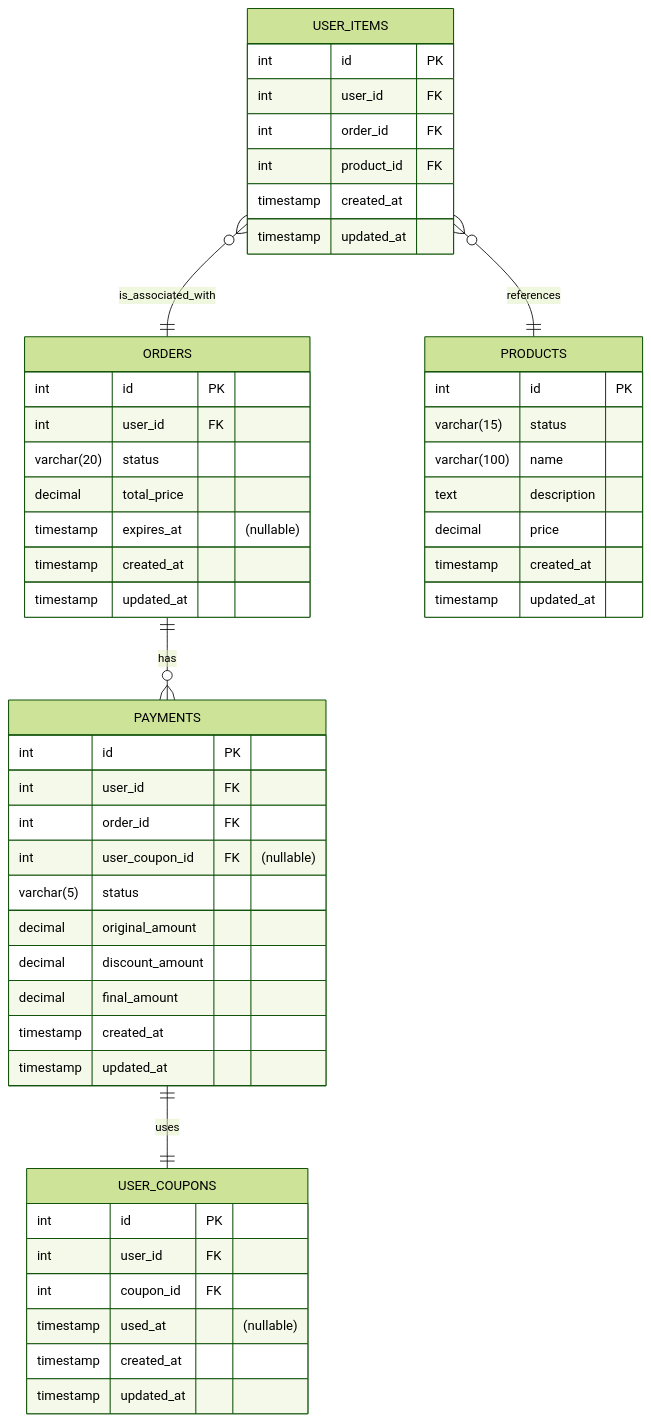
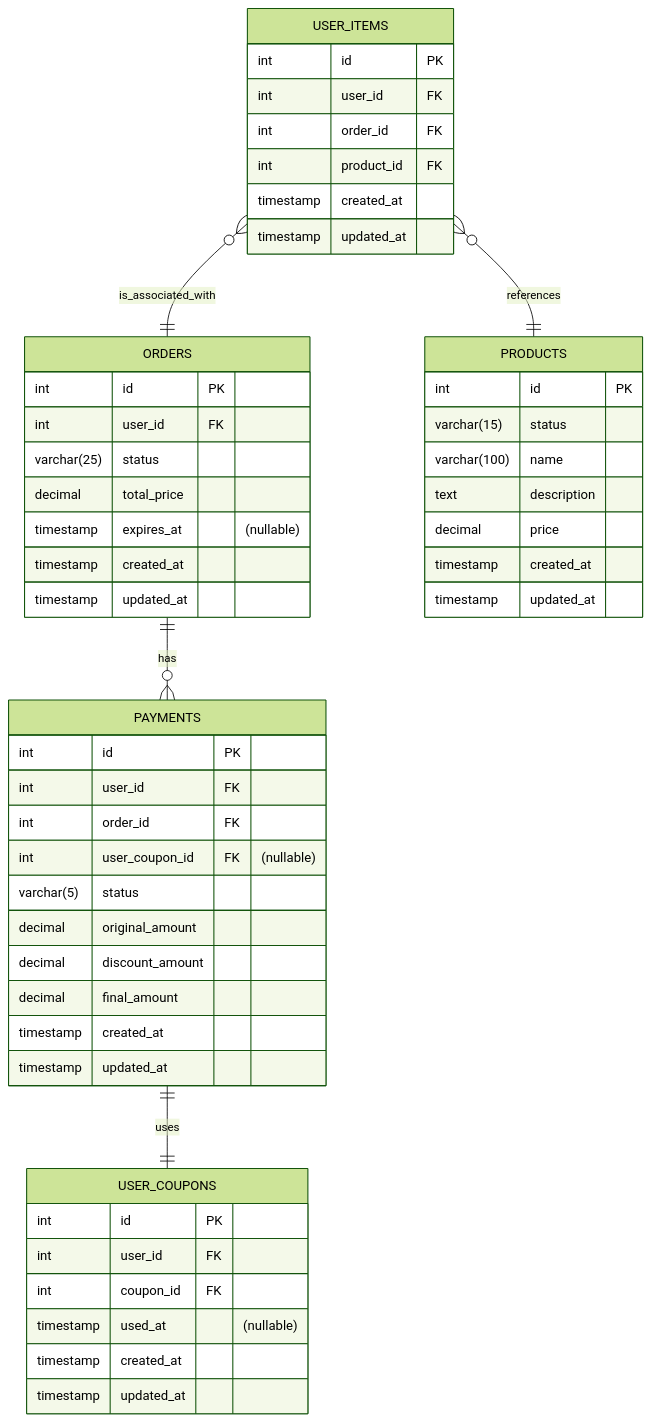
Before and after one commit to alert-kim/e-commerce: the second of 2 diagrams in docs/specs/payment.md, drawn with Mermaid (forest theme). The commit also changed 2 other files, not shown here.

Commit message:
docs: Order Status의 오타 수정

````diff
--- a/docs/specs/payment.md
+++ b/docs/specs/payment.md
@@ -52,54 +52,54 @@
 ```mermaid
 erDiagram
     ORDERS {
         int id PK
         int user_id FK
-        varchar(20) status
+        varchar(25) status
         decimal total_price
         timestamp expires_at "(nullable)"
         timestamp created_at
         timestamp updated_at
     }
     PAYMENTS {
         int id PK
         int user_id FK
         int order_id FK
         int user_coupon_id FK "(nullable)"
         varchar(5) status
         decimal original_amount
         decimal discount_amount
         decimal final_amount
         timestamp created_at
         timestamp updated_at
     }
     USER_COUPONS {
         int id PK
         int user_id FK
         int coupon_id FK
         timestamp used_at "(nullable)"
         timestamp created_at
         timestamp updated_at
     }
     USER_ITEMS {
         int id PK
         int user_id FK
         int order_id FK
         int product_id FK
         timestamp created_at
         timestamp updated_at
     }
     PRODUCTS {
         int id PK
         varchar(15) status
         varchar(100) name
         text description
         decimal price
         timestamp created_at
         timestamp updated_at
     }
 
     ORDERS one to many PAYMENTS: has
     PAYMENTS one to one USER_COUPONS: uses
     USER_ITEMS many to one ORDERS: is_associated_with
     USER_ITEMS many to one PRODUCTS: references
 ```
````
